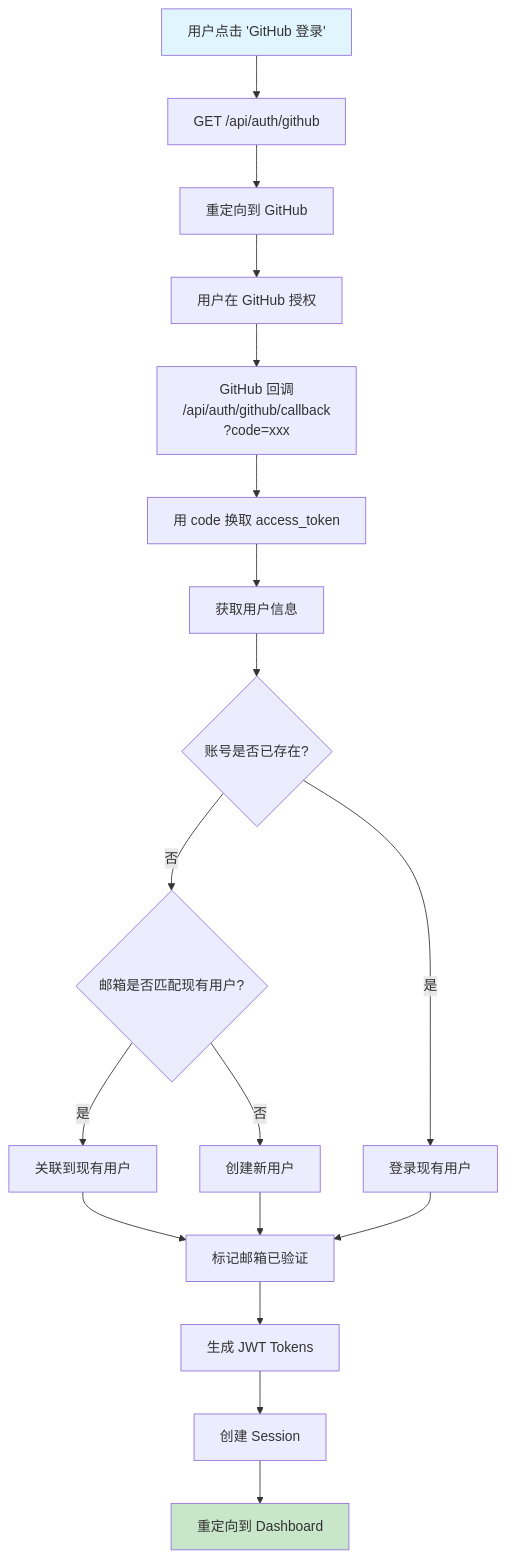
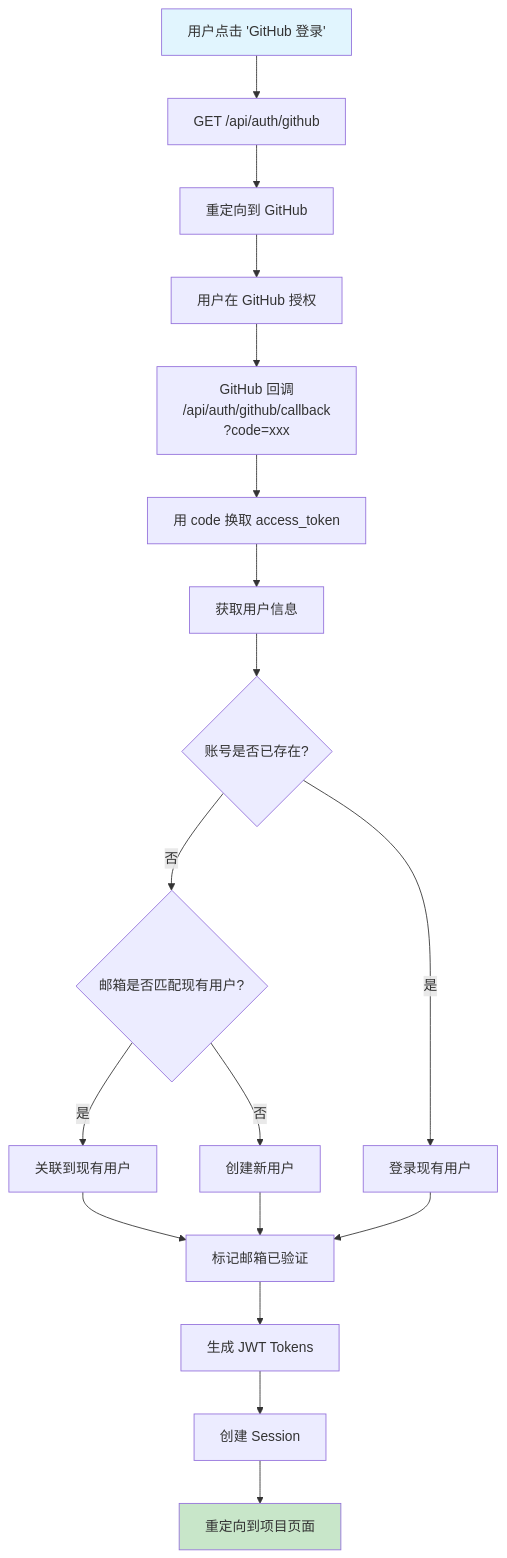
Before and after one commit to Gao-Jinlong/my-km: the fourth of 8 diagrams in docs/spec/user-authentication.md, drawn with Mermaid. The commit also changed 18 other files, not shown here.

````diff
--- a/docs/spec/user-authentication.md
+++ b/docs/spec/user-authentication.md
@@ -310,23 +310,23 @@
 ```mermaid
 flowchart TD
     A[用户点击 'GitHub 登录'] --> B[GET /api/auth/github]
     B --> C[重定向到 GitHub]
     C --> D[用户在 GitHub 授权]
     D --> E[GitHub 回调<br/>/api/auth/github/callback<br/>?code=xxx]
     E --> F[用 code 换取 access_token]
     F --> G[获取用户信息]
     G --> H{账号是否已存在?}
     H -->|是| I[登录现有用户]
     H -->|否| J{邮箱是否匹配现有用户?}
     J -->|是| K[关联到现有用户]
     J -->|否| L[创建新用户]
     K --> M[标记邮箱已验证]
     L --> M
     I --> M
     M --> N[生成 JWT Tokens]
     N --> O[创建 Session]
-    O --> P[重定向到 Dashboard]
+    O --> P[重定向到项目页面]
 
     style A fill:#e1f5fe
     style P fill:#c8e6c9
 ```
````
